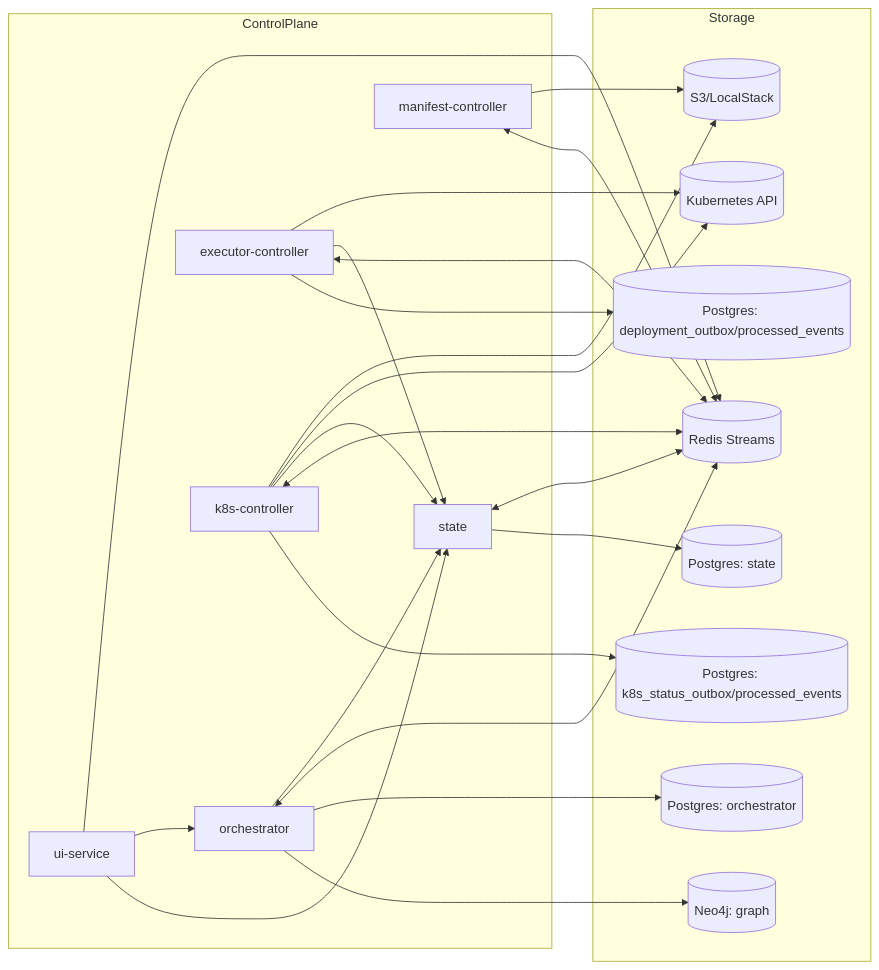
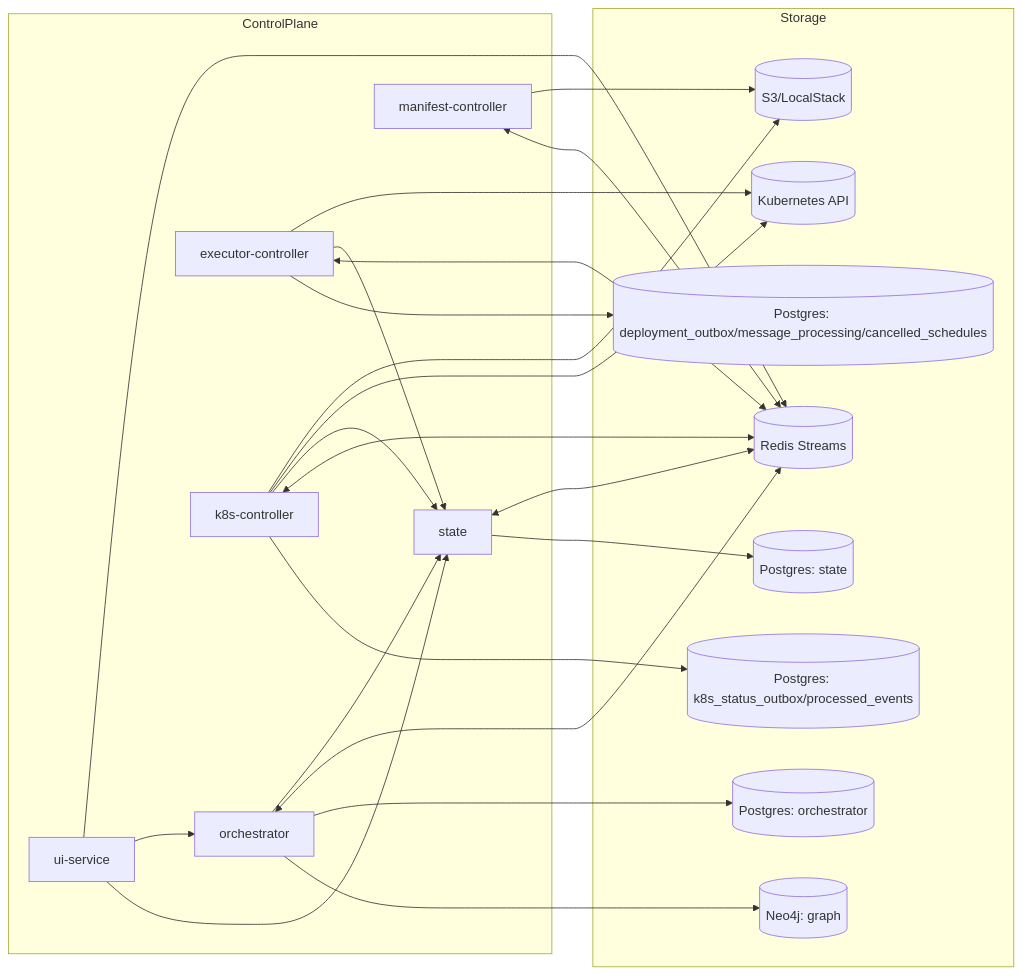
One commit to carolsimone/continuo changed the first of 2 diagrams in docs/arch/01-topology.md. Above: the diagram before and after it, drawn with Mermaid. The commit also changed 3 other files, not shown here.

````diff
--- a/docs/arch/01-topology.md
+++ b/docs/arch/01-topology.md
@@ -5,46 +5,46 @@
 ```mermaid
 flowchart LR
   subgraph ControlPlane
     ST[state]
     OR[orchestrator]
     EC[executor-controller]
     KC[k8s-controller]
     MC[manifest-controller]
     UI[ui-service]
   end
 
   subgraph Storage
     STDB[(Postgres: state)]
     ORPG[(Postgres: orchestrator)]
     GRDB[(Neo4j: graph)]
-    ECPG[(Postgres: deployment_outbox/processed_events)]
+    ECPG[(Postgres: deployment_outbox/message_processing/cancelled_schedules)]
     KCPG[(Postgres: k8s_status_outbox/processed_events)]
     S3[(S3/LocalStack)]
     K8S[(Kubernetes API)]
     R[(Redis Streams)]
   end
 
   ST --> STDB
   OR --> GRDB
   OR --> ORPG
   EC --> ECPG
   KC --> KCPG
 
   ST <--> R
   OR <--> R
   EC <--> R
   KC <--> R
   MC <--> R
 
   OR --> ST
   EC --> ST
   KC --> ST
   UI --> ST
   UI --> OR
   UI --> R
 
   EC --> K8S
   KC --> K8S
   KC --> S3
   MC --> S3
 ```
````
